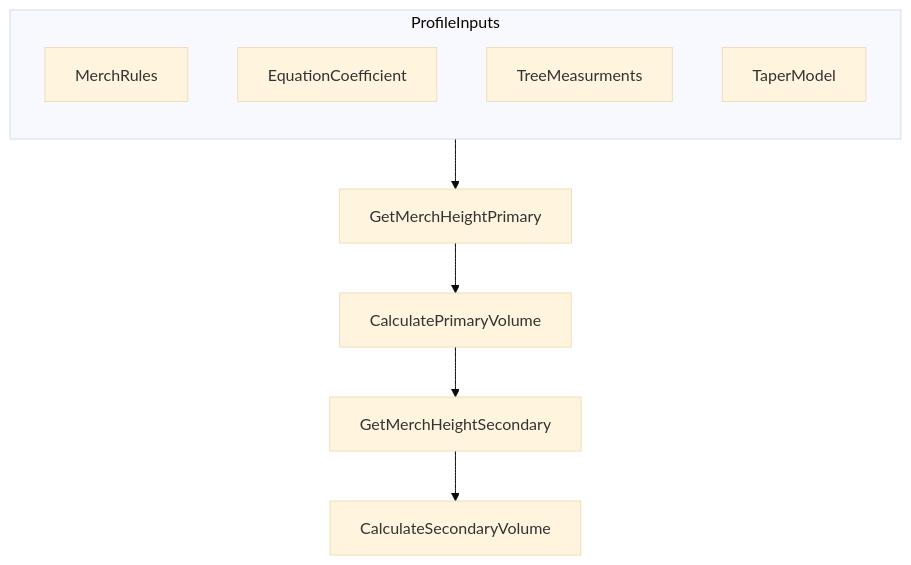
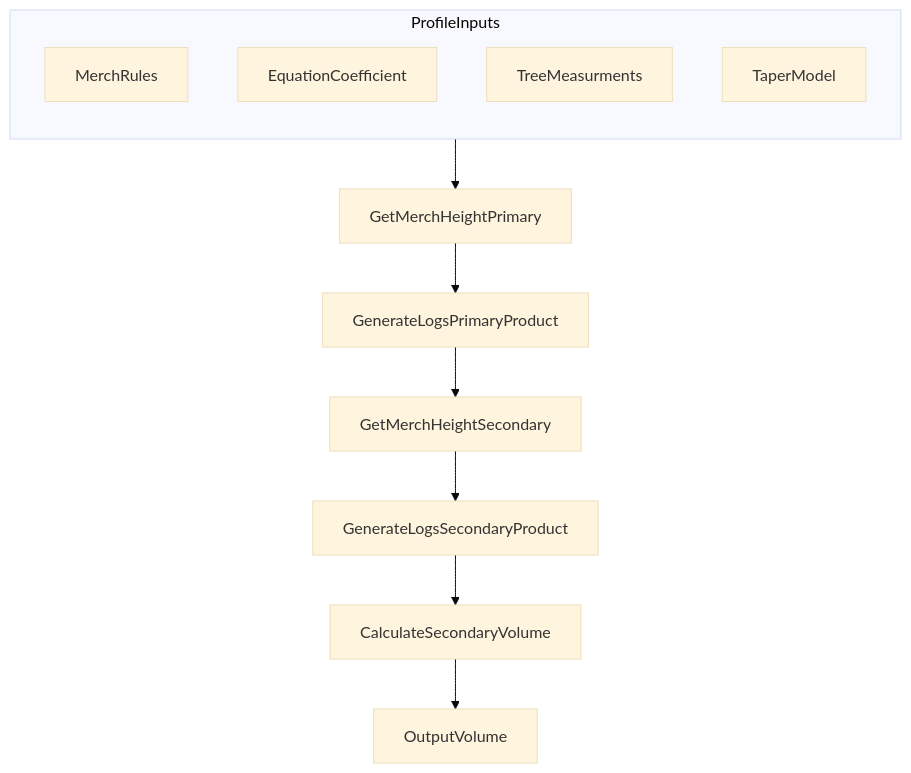
One commit to FMSC-Measurements/VolumeLibrary changed the third of 7 diagrams in docs/NewVolLibPlanning/VolumeCalulationFlow.md. Above: the diagram before and after it, drawn with Mermaid (base theme). The commit also changed other lines of this file and 1 other file, not shown here.

````diff
--- a/docs/NewVolLibPlanning/VolumeCalulationFlow.md
+++ b/docs/NewVolLibPlanning/VolumeCalulationFlow.md
@@ -30,14 +65,16 @@
 ```mermaid
 flowchart TB
     ProfileInputs -->
-            GetMerchHeightPrimary --> CalculatePrimaryVolume --> GetMerchHeightSecondary --> CalculateSecondaryVolume
+            GetMerchHeightPrimary --> GenerateLogsPrimaryProduct --> 
+            GetMerchHeightSecondary --> GenerateLogsSecondaryProduct --> 
+            CalculateSecondaryVolume --> OutputVolume
 
     subgraph ProfileInputs
             direction TB
             MerchRules
             EquationCoefficient
             TreeMeasurments
             TaperModel
             end
             
 ```
````
